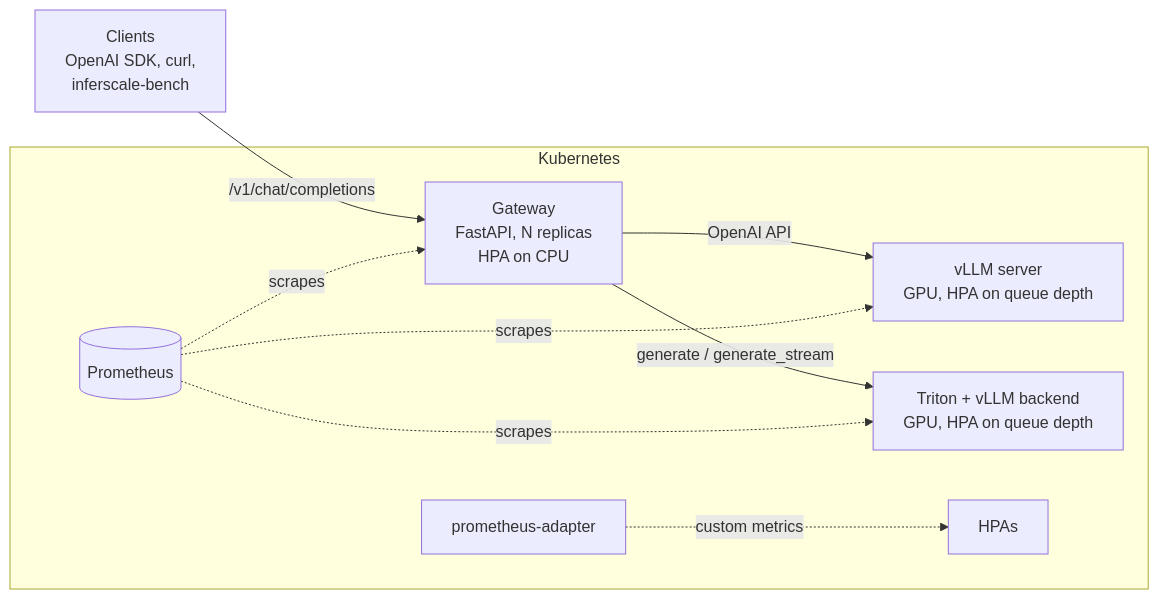
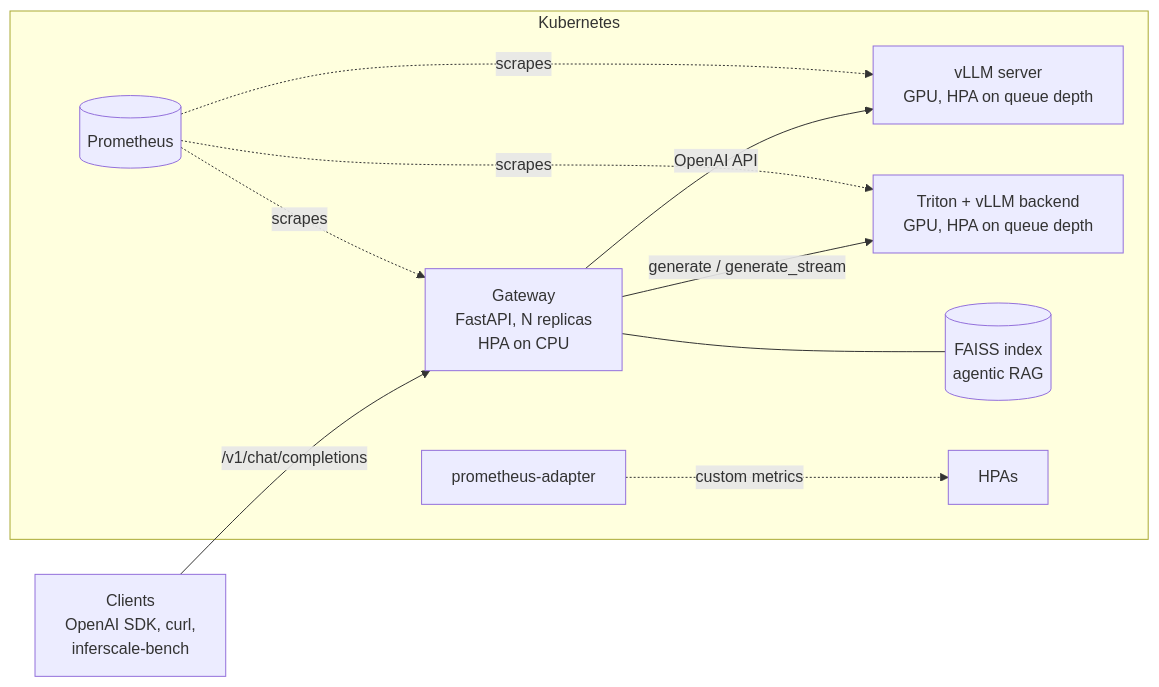
The diagram in README.md (Markkoby3/llm-inference-k8s), drawn with Mermaid before and after one commit. The commit also changed other lines of this file and 9 other files, not shown here.

````diff
--- a/README.md
+++ b/README.md
@@ -15,12 +16,13 @@
 ```mermaid
 flowchart LR
     C[Clients<br/>OpenAI SDK, curl,<br/>inferscale-bench] -->|/v1/chat/completions| G
 
     subgraph K8s[Kubernetes]
       G[Gateway<br/>FastAPI, N replicas<br/>HPA on CPU]
       G -->|OpenAI API| V[vLLM server<br/>GPU, HPA on queue depth]
       G -->|generate / generate_stream| T[Triton + vLLM backend<br/>GPU, HPA on queue depth]
+      G --- R[(FAISS index<br/>agentic RAG)]
       P[(Prometheus)] -.scrapes.-> G & V & T
       A[prometheus-adapter] -.custom metrics.-> H[HPAs]
     end
 ```
````
